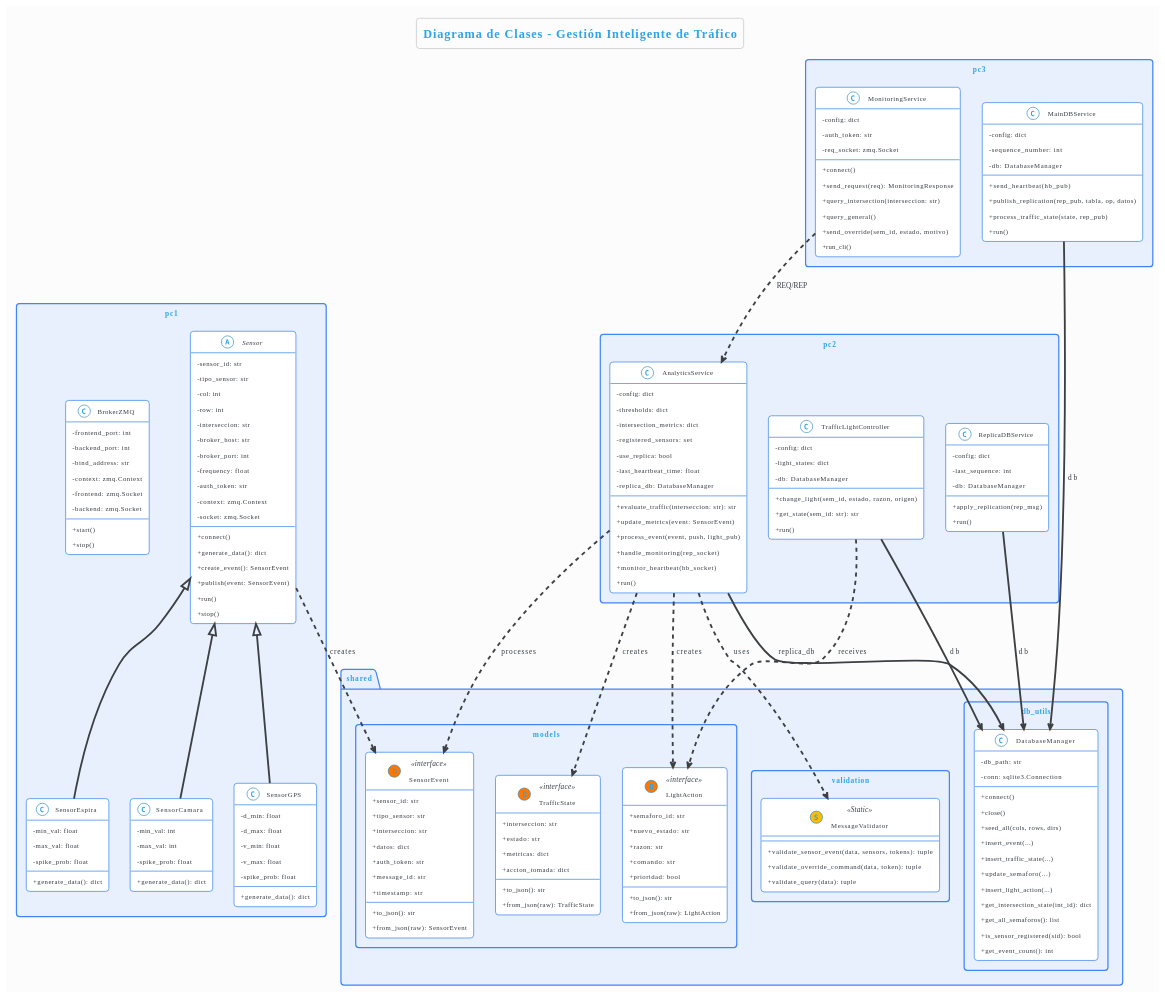
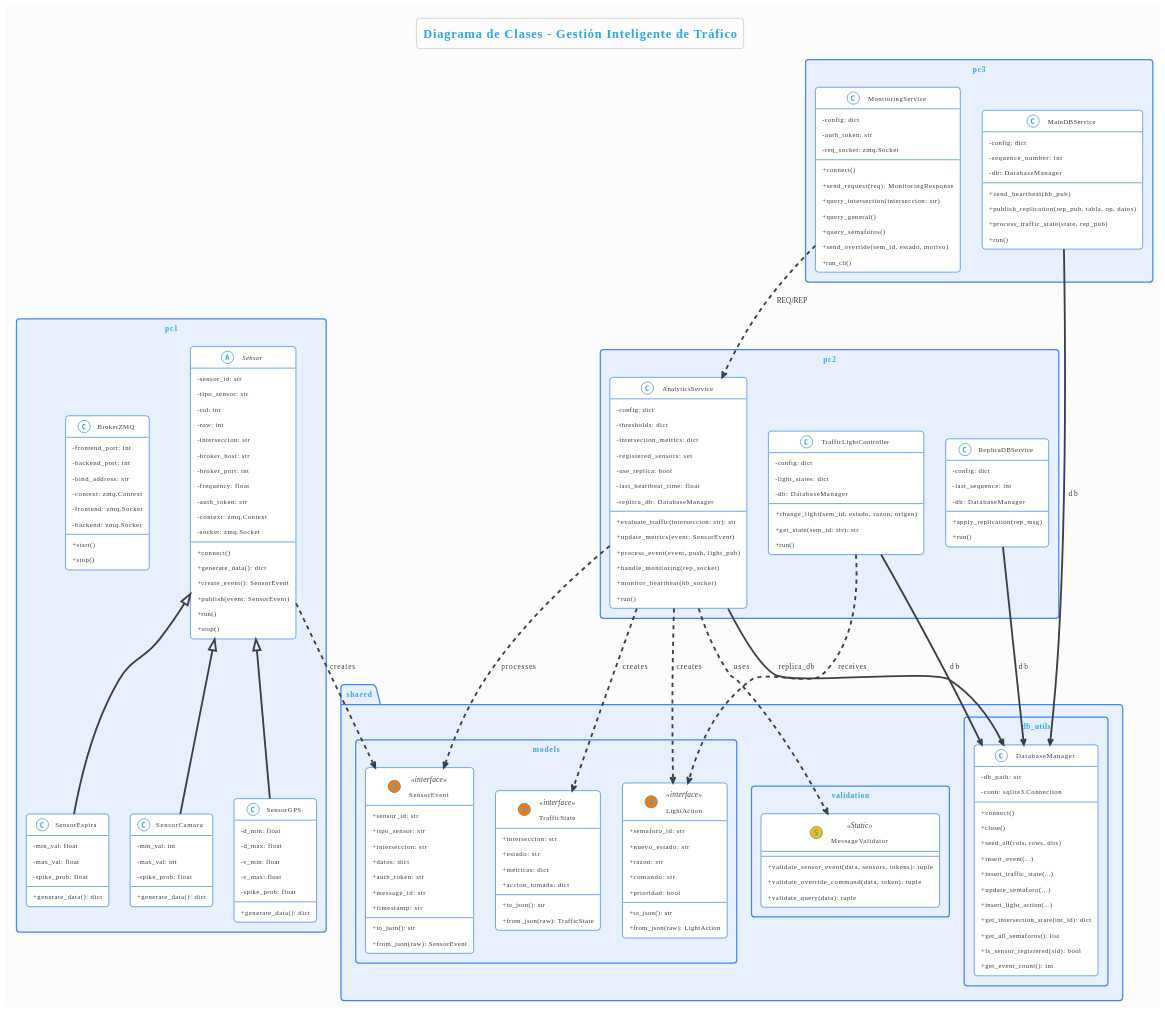
The diagram in docs/diagramas_plantUML/diagrama_clases.md (juandrodriguezf/Sistema-de-Gestion-de-Trafico-Urbano), drawn with PlantUML before and after one commit. The commit also changed 10 other files, not shown here.

Commit message:
Fix: Updated documentation references and class diagram to align with current code structure

```diff
--- a/docs/diagramas_plantUML/diagrama_clases.md
+++ b/docs/diagramas_plantUML/diagrama_clases.md
@@ -157,6 +157,7 @@
         +send_request(req): MonitoringResponse
         +query_intersection(interseccion: str)
         +query_general()
+        +query_semaforos()
         +send_override(sem_id, estado, motivo)
         +run_cli()
     }
```
